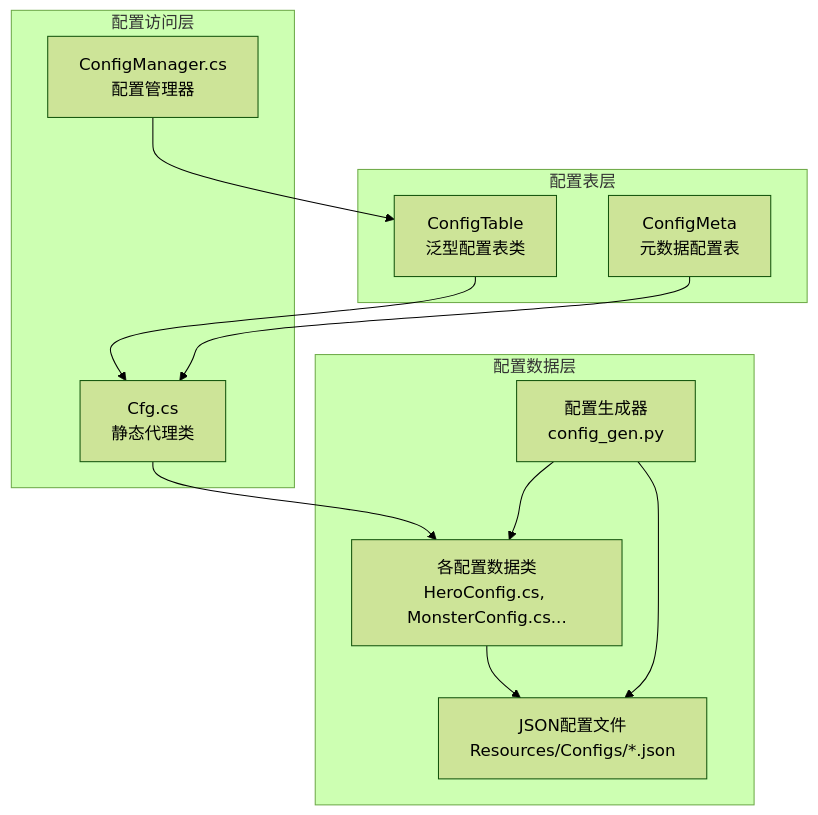
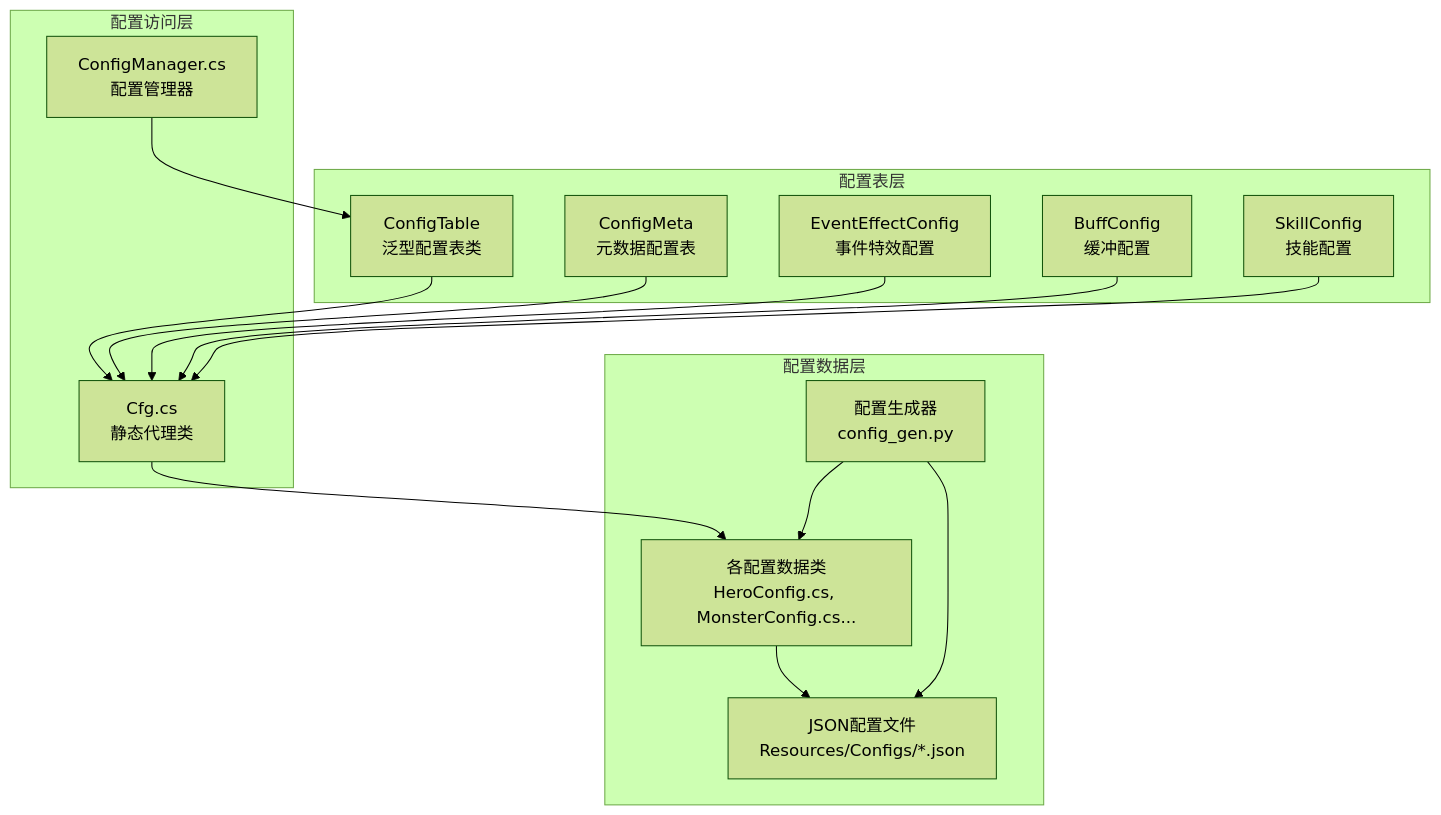
Before and after one commit to Tuusen/p1_client: the first of 4 diagrams in .qoder/repowiki/zh/content/配置管理系统/配置管理系统.md, drawn with Mermaid (forest theme). The commit also changed other lines of this file and 14 other files, not shown here.

````diff
--- a/.qoder/repowiki/zh/content/配置管理系统/配置管理系统.md
+++ b/.qoder/repowiki/zh/content/配置管理系统/配置管理系统.md
@@ -64,23 +59,29 @@
 ```mermaid
 graph TB
 subgraph "配置表层"
 CT["ConfigTable<TItem, TMeta><br/>泛型配置表类"]
 CM["ConfigMeta<TMeta><br/>元数据配置表"]
+EE["EventEffectConfig<br/>事件特效配置"]
+BC["BuffConfig<br/>缓冲配置"]
+SC["SkillConfig<br/>技能配置"]
 end
 subgraph "配置访问层"
 CFG["Cfg.cs<br/>静态代理类"]
 CMGR["ConfigManager.cs<br/>配置管理器"]
 end
 subgraph "配置数据层"
 DATA["各配置数据类<br/>HeroConfig.cs, MonsterConfig.cs..."]
 JSON["JSON配置文件<br/>Resources/Configs/*.json"]
 GEN["配置生成器<br/>config_gen.py"]
 end
 CT --> CFG
 CM --> CFG
+EE --> CFG
+BC --> CFG
+SC --> CFG
 CMGR --> CT
 CFG --> DATA
 DATA --> JSON
 GEN --> DATA
 GEN --> JSON
 ```
````
